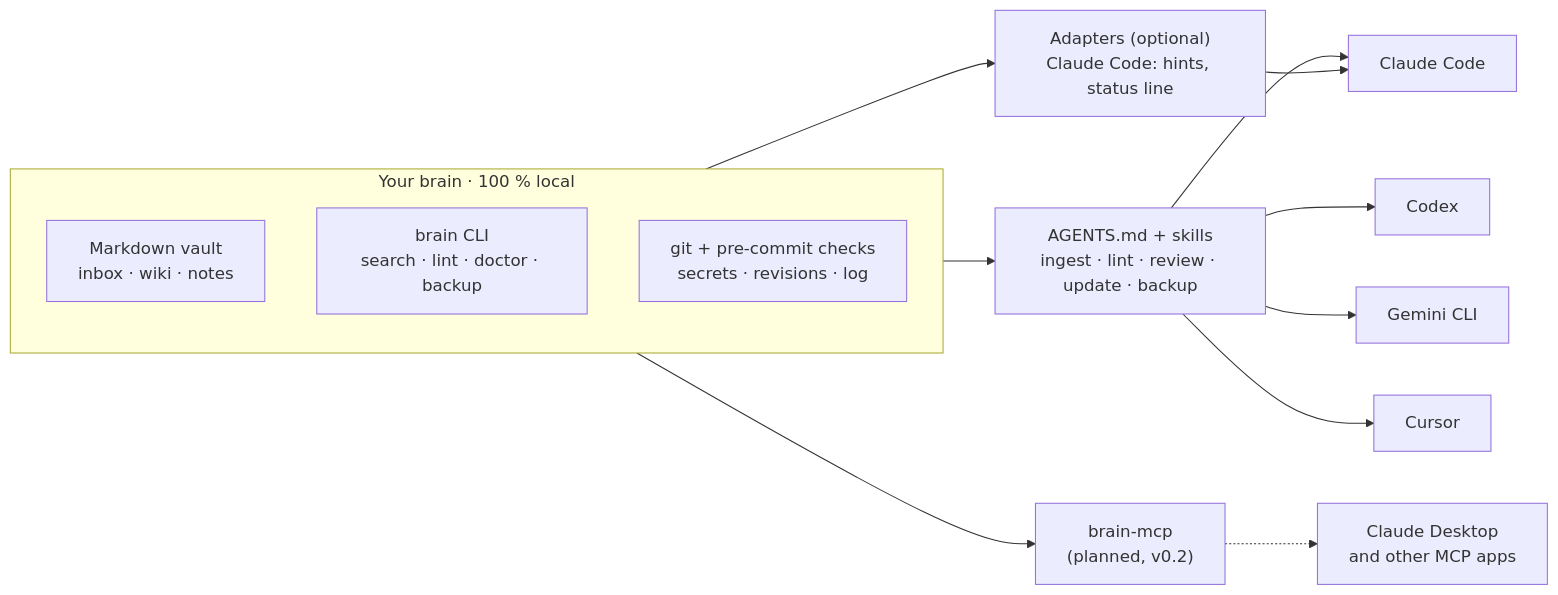
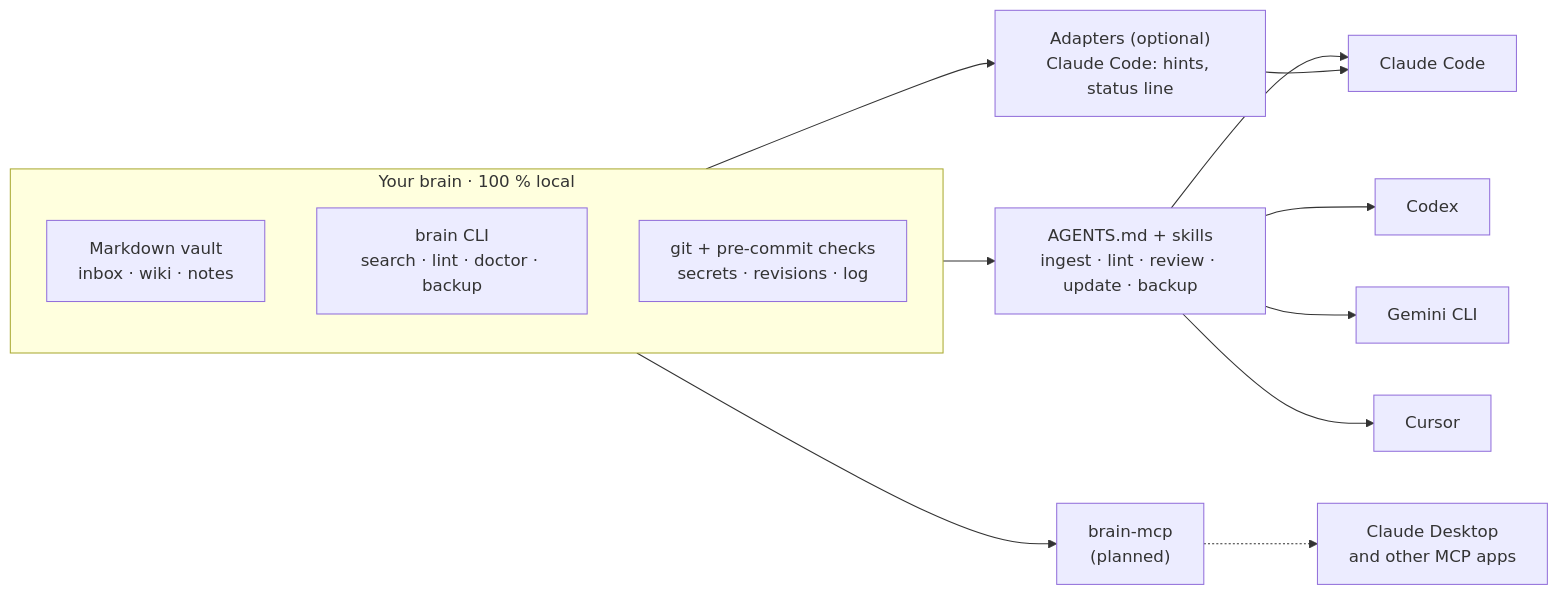
The first of 3 diagrams in README.md (fabiobrogno/second-brain-kit), drawn with Mermaid before and after one commit. The commit also changed other lines of this file and 42 other files, not shown here.

````diff
--- a/README.md
+++ b/README.md
@@ -94,16 +105,16 @@
 ```mermaid
 flowchart LR
   subgraph core["Your brain · 100 % local"]
     direction TB
     V["Markdown vault<br/>inbox · wiki · notes"]
     C["brain CLI<br/>search · lint · doctor · backup"]
     G["git + pre-commit checks<br/>secrets · revisions · log"]
   end
   A["AGENTS.md + skills<br/>ingest · lint · review · update · backup"]
   D["Adapters (optional)<br/>Claude Code: hints, status line"]
-  M["brain-mcp<br/>(planned, v0.2)"]
+  M["brain-mcp<br/>(planned)"]
   core --> A & D & M
   A --> T1["Claude Code"] & T2["Codex"] & T3["Gemini CLI"] & T4["Cursor"]
   D --> T1
   M -.-> T5["Claude Desktop<br/>and other MCP apps"]
 ```
````
